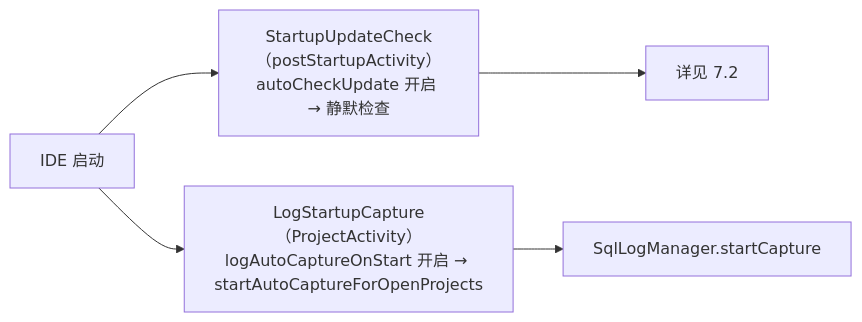
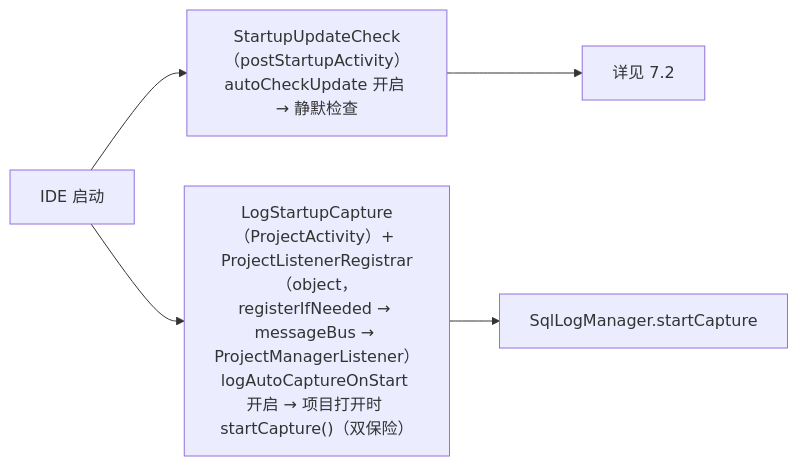
The eighth of 9 diagrams in docs/架构设计/02-核心流程详解.md (JayF211/mybatis-plus-sql-visualizer), drawn with Mermaid before and after one commit. The commit also changed other lines of this file and 2 other files, not shown here.

````diff
--- a/docs/架构设计/02-核心流程详解.md
+++ b/docs/架构设计/02-核心流程详解.md
@@ -293,7 +306,7 @@
 ```mermaid
 flowchart LR
     IDE["IDE 启动"] --> UC["StartupUpdateCheck（postStartupActivity）<br/>autoCheckUpdate 开启 → 静默检查"]
-    IDE --> LC["LogStartupCapture（ProjectActivity）<br/>logAutoCaptureOnStart 开启 → startAutoCaptureForOpenProjects"]
+    IDE --> LC["LogStartupCapture（ProjectActivity）+ ProjectListenerRegistrar（object，registerIfNeeded → messageBus → ProjectManagerListener）<br/>logAutoCaptureOnStart 开启 → 项目打开时 startCapture()（双保险）"]
     UC --> U["详见 7.2"]
     LC --> M["SqlLogManager.startCapture"]
 ```
````
